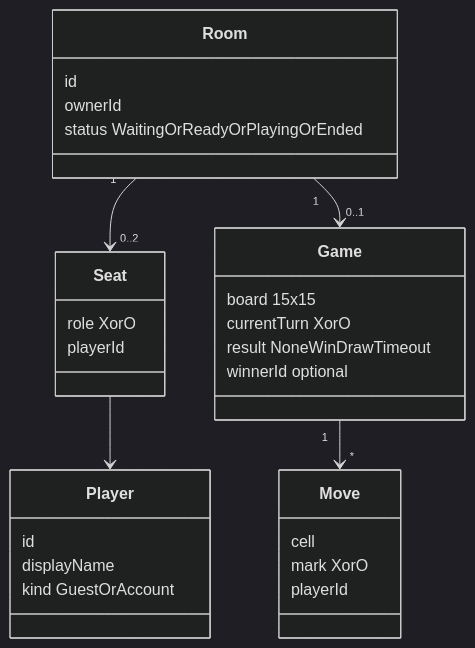
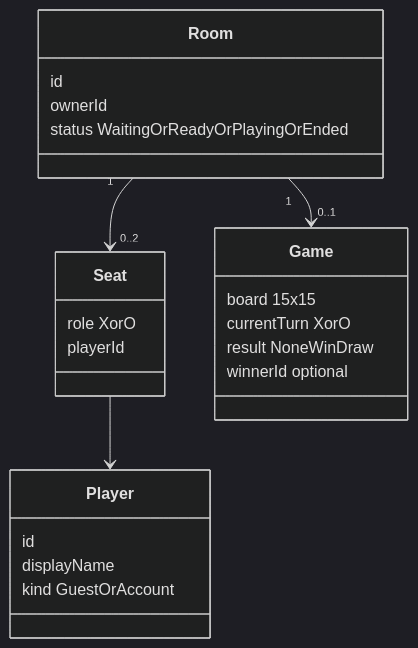
One commit to hoangnd-dev/voodoo-ai-native changed the second of 3 diagrams in docs/software-architecture-document.md. Above: the diagram before and after it, drawn with Mermaid (dark theme). The commit also changed other lines of this file and 23 other files, not shown here.

````diff
--- a/docs/software-architecture-document.md
+++ b/docs/software-architecture-document.md
@@ -288,32 +351,26 @@
 ```mermaid
 classDiagram
     class Player {
         id
         displayName
         kind GuestOrAccount
     }
     class Room {
         id
         ownerId
         status WaitingOrReadyOrPlayingOrEnded
     }
     class Seat {
         role XorO
         playerId
     }
     class Game {
         board 15x15
         currentTurn XorO
-        result NoneWinDrawTimeout
+        result NoneWinDraw
         winnerId optional
-    }
-    class Move {
-        cell
-        mark XorO
-        playerId
     }
     Room "1" --> "0..2" Seat
     Seat --> Player
     Room "1" --> "0..1" Game
-    Game "1" --> "*" Move
 ```
````
